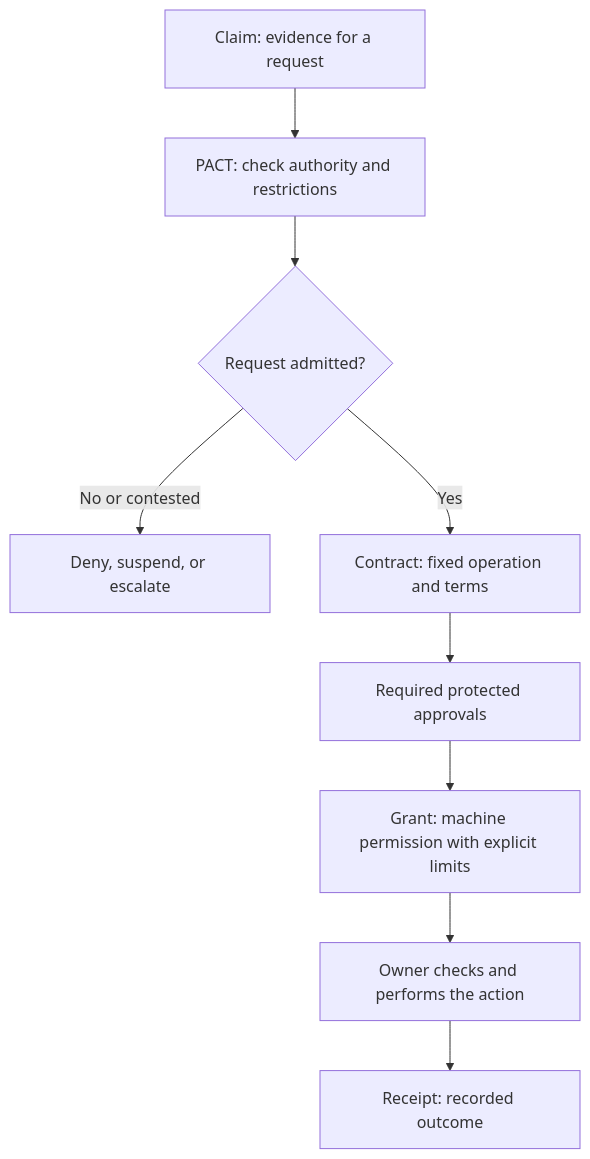
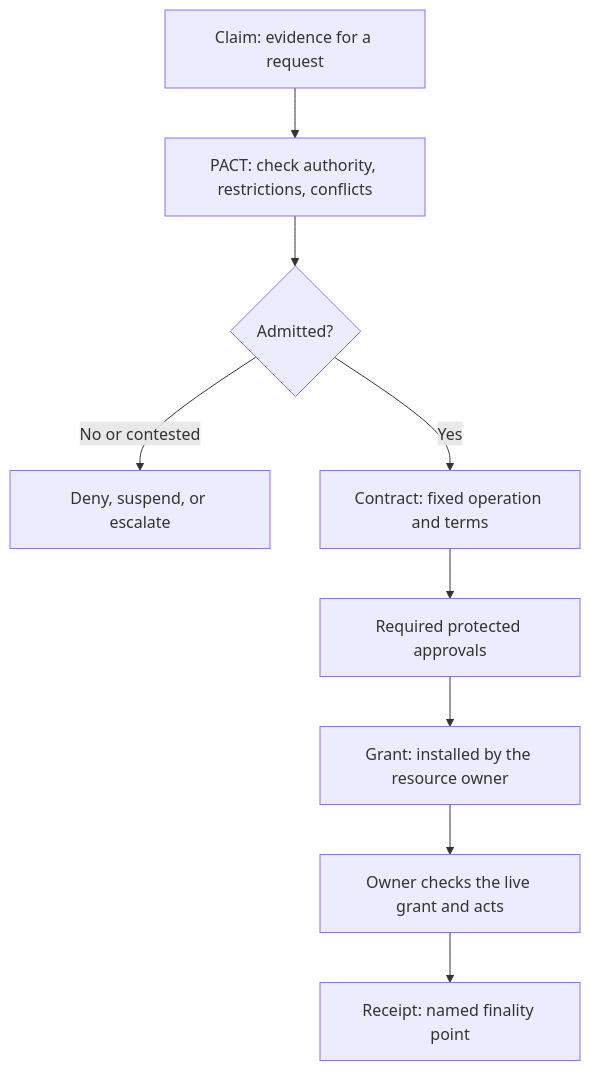
One commit to nshkrdotcom/nshkrdotcom.github.io changed the second of 4 diagrams in content/aska/_index.md. Above: the diagram before and after it, drawn with Mermaid. The commit also changed other lines of this file, not shown here.

First line of the commit message:
Update ASKA architecture overview to v6 specification

````diff
--- a/content/aska/_index.md
+++ b/content/aska/_index.md
@@ -25,11 +77,11 @@
 ```mermaid
 flowchart TD
-  C["Claim: evidence for a request"] --> P["PACT: check authority and restrictions"]
-  P --> D{"Request admitted?"}
+  C["Claim: evidence for a request"] --> P["PACT: check authority, restrictions, conflicts"]
+  P --> D{"Admitted?"}
   D -->|No or contested| H["Deny, suspend, or escalate"]
   D -->|Yes| A["Contract: fixed operation and terms"]
   A --> K["Required protected approvals"]
-  K --> G["Grant: machine permission with explicit limits"]
-  G --> E["Owner checks and performs the action"]
-  E --> R["Receipt: recorded outcome"]
+  K --> G["Grant: installed by the resource owner"]
+  G --> E["Owner checks the live grant and acts"]
+  E --> R["Receipt: named finality point"]
 ```
````
